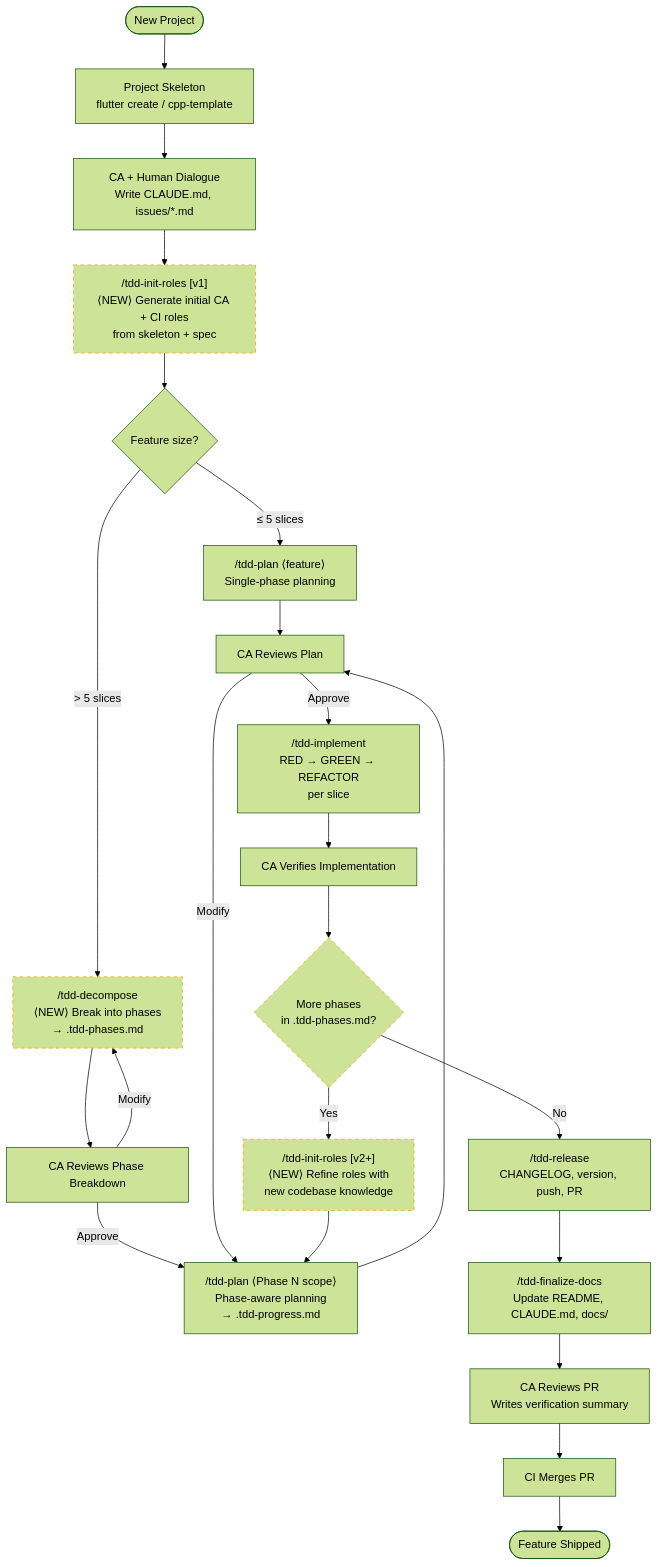
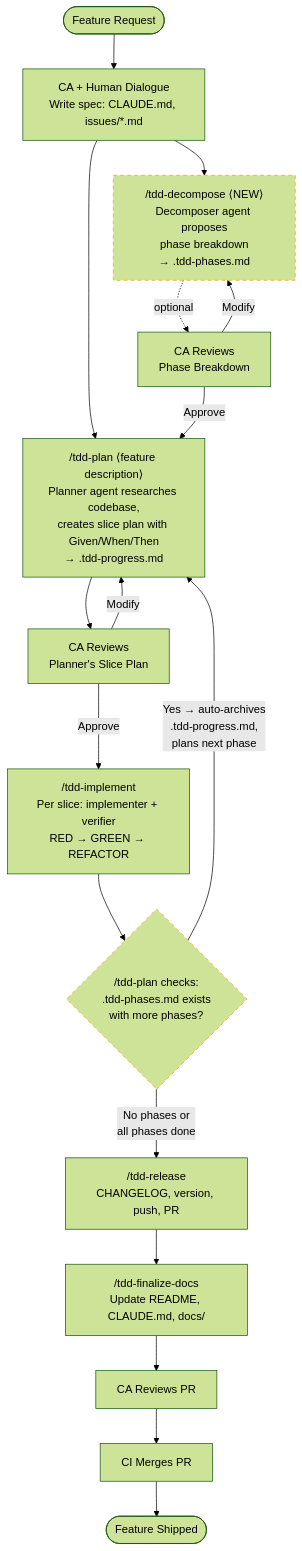
The first of 6 diagrams in explorations/role-to-agent-analysis/proposed-workflow-diagrams.md (hugo-bluecorn/claude-code-tdd-workflow), drawn with Mermaid (forest theme) before and after one commit. The commit also changed other lines of this file, not shown here.

First line of the commit message:
docs: revise proposed workflow diagrams for accuracy

````diff
--- a/explorations/role-to-agent-analysis/proposed-workflow-diagrams.md
+++ b/explorations/role-to-agent-analysis/proposed-workflow-diagrams.md
@@ -17,39 +28,28 @@
 ```mermaid
 flowchart TD
-    START([New Project]) --> SKELETON[Project Skeleton<br/>flutter create / cpp-template]
-    SKELETON --> CA_SPEC[CA + Human Dialogue<br/>Write CLAUDE.md, issues/*.md]
+    START([Feature Request]) --> SPEC[CA + Human Dialogue<br/>Write spec: CLAUDE.md, issues/*.md]
 
-    CA_SPEC --> INIT_V1["/tdd-init-roles [v1]<br/>⟨NEW⟩ Generate initial CA + CI roles<br/>from skeleton + spec"]
-    INIT_V1 --> DECOMPOSE{Feature size?}
+    SPEC --> DECOMPOSE["/tdd-decompose ⟨NEW⟩<br/>Decomposer agent proposes<br/>phase breakdown<br/>→ .tdd-phases.md"]
+    SPEC --> PLAN["/tdd-plan ⟨feature description⟩<br/>Planner agent researches codebase,<br/>creates slice plan with Given/When/Then<br/>→ .tdd-progress.md"]
 
-    DECOMPOSE -->|"≤ 5 slices"| PLAN_SINGLE["/tdd-plan ⟨feature⟩<br/>Single-phase planning"]
-    DECOMPOSE -->|"> 5 slices"| TDD_DECOMPOSE["/tdd-decompose<br/>⟨NEW⟩ Break into phases<br/>→ .tdd-phases.md"]
+    DECOMPOSE -.->|optional| CA_PHASES[CA Reviews<br/>Phase Breakdown]
+    CA_PHASES -->|Approve| PLAN
+    CA_PHASES -->|Modify| DECOMPOSE
 
-    TDD_DECOMPOSE --> CA_REVIEW_PHASES[CA Reviews Phase Breakdown]
-    CA_REVIEW_PHASES -->|Approve| PLAN_PHASE["/tdd-plan ⟨Phase N scope⟩<br/>Phase-aware planning<br/>→ .tdd-progress.md"]
-    CA_REVIEW_PHASES -->|Modify| TDD_DECOMPOSE
+    PLAN --> CA_REVIEW[CA Reviews<br/>Planner's Slice Plan]
+    CA_REVIEW -->|Approve| IMPLEMENT["/tdd-implement<br/>Per slice: implementer + verifier<br/>RED → GREEN → REFACTOR"]
+    CA_REVIEW -->|Modify| PLAN
 
-    PLAN_SINGLE --> CA_REVIEW_PLAN[CA Reviews Plan]
-    PLAN_PHASE --> CA_REVIEW_PLAN
+    IMPLEMENT --> PLAN_CHECK{"/tdd-plan checks:<br/>.tdd-phases.md exists<br/>with more phases?"}
 
-    CA_REVIEW_PLAN -->|Approve| IMPLEMENT["/tdd-implement<br/>RED → GREEN → REFACTOR<br/>per slice"]
-    CA_REVIEW_PLAN -->|Modify| PLAN_PHASE
-
-    IMPLEMENT --> CA_VERIFY[CA Verifies Implementation]
-    CA_VERIFY --> MORE_PHASES{More phases<br/>in .tdd-phases.md?}
-
-    MORE_PHASES -->|Yes| INIT_V2["/tdd-init-roles [v2+]<br/>⟨NEW⟩ Refine roles with<br/>new codebase knowledge"]
-    INIT_V2 --> PLAN_PHASE
-
-    MORE_PHASES -->|No| RELEASE["/tdd-release<br/>CHANGELOG, version, push, PR"]
+    PLAN_CHECK -->|"Yes → auto-archives<br/>.tdd-progress.md,<br/>plans next phase"| PLAN
+    PLAN_CHECK -->|No phases or<br/>all phases done| RELEASE["/tdd-release<br/>CHANGELOG, version, push, PR"]
 
     RELEASE --> FINALIZE["/tdd-finalize-docs<br/>Update README, CLAUDE.md, docs/"]
-    FINALIZE --> CA_PR_REVIEW[CA Reviews PR<br/>Writes verification summary]
-    CA_PR_REVIEW --> MERGE[CI Merges PR]
+    FINALIZE --> CA_PR[CA Reviews PR]
+    CA_PR --> MERGE[CI Merges PR]
     MERGE --> DONE([Feature Shipped])
 
-    style INIT_V1 stroke-dasharray: 5 5,stroke:#f90
-    style TDD_DECOMPOSE stroke-dasharray: 5 5,stroke:#f90
-    style INIT_V2 stroke-dasharray: 5 5,stroke:#f90
-    style MORE_PHASES stroke-dasharray: 5 5,stroke:#f90
+    style DECOMPOSE stroke-dasharray: 5 5,stroke:#f90
+    style PLAN_CHECK stroke-dasharray: 5 5,stroke:#f90
 ```
````
